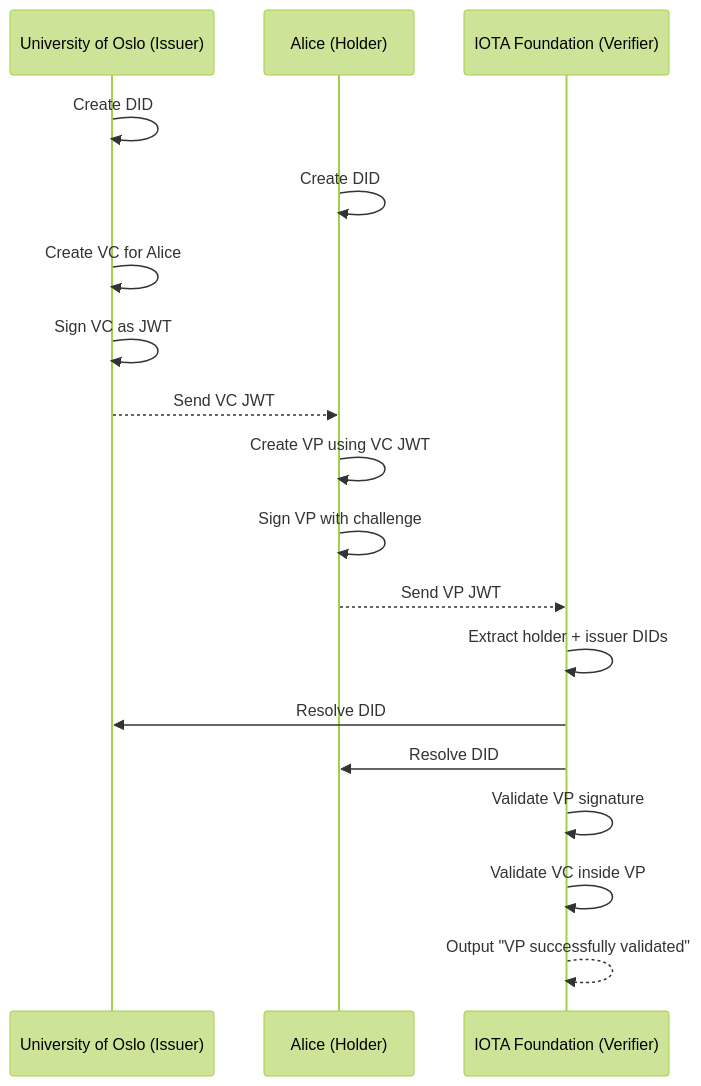
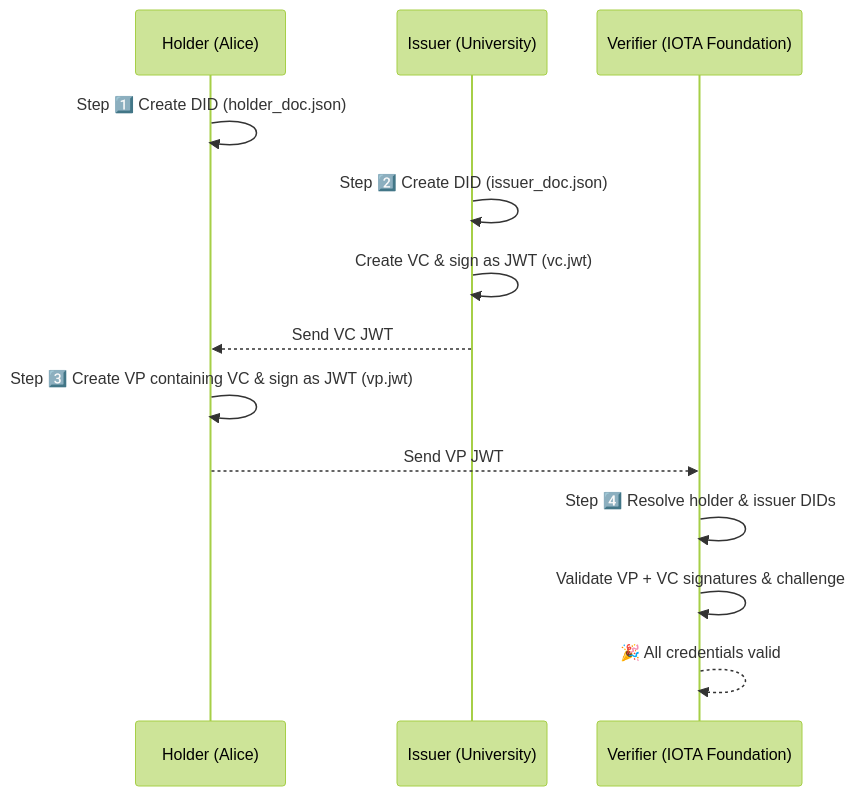
One commit to iotaledger/iota changed the diagram in docs/content/developer/tutorials/validate-university-degree.mdx. Above: the diagram before and after it, drawn with Mermaid (forest theme). The commit also changed other lines of this file, not shown here.

Commit message:
refactor: add admonition pointing to local network setup

````diff
--- a/docs/content/developer/tutorials/validate-university-degree.mdx
+++ b/docs/content/developer/tutorials/validate-university-degree.mdx
@@ -13,24 +13,16 @@
 ```mermaid
 sequenceDiagram
-    participant University as University of Oslo (Issuer)
-    participant Alice as Alice (Holder)
-    participant IOTA as IOTA Foundation (Verifier)
+    participant Alice as Holder (Alice)
+    participant University as Issuer (University)
+    participant Verifier as Verifier (IOTA Foundation)
 
-    University->>University: Create DID
-    Alice->>Alice: Create DID
-
-    University->>University: Create VC for Alice
-    University->>University: Sign VC as JWT
+    Alice->>Alice: Step 1️⃣ Create DID (holder_doc.json)
+    University->>University: Step 2️⃣ Create DID (issuer_doc.json)
+    University->>University: Create VC & sign as JWT (vc.jwt)
     University-->>Alice: Send VC JWT
-
-    Alice->>Alice: Create VP using VC JWT
-    Alice->>Alice: Sign VP with challenge
-    Alice-->>IOTA: Send VP JWT
-
-    IOTA->>IOTA: Extract holder + issuer DIDs
-    IOTA->>University: Resolve DID
-    IOTA->>Alice: Resolve DID
-    IOTA->>IOTA: Validate VP signature
-    IOTA->>IOTA: Validate VC inside VP
-    IOTA-->>IOTA: Output "VP successfully validated"
+    Alice->>Alice: Step 3️⃣ Create VP containing VC & sign as JWT (vp.jwt)
+    Alice-->>Verifier: Send VP JWT
+    Verifier->>Verifier: Step 4️⃣ Resolve holder & issuer DIDs
+    Verifier->>Verifier: Validate VP + VC signatures & challenge
+    Verifier-->>Verifier: 🎉 All credentials valid
 ```
````
